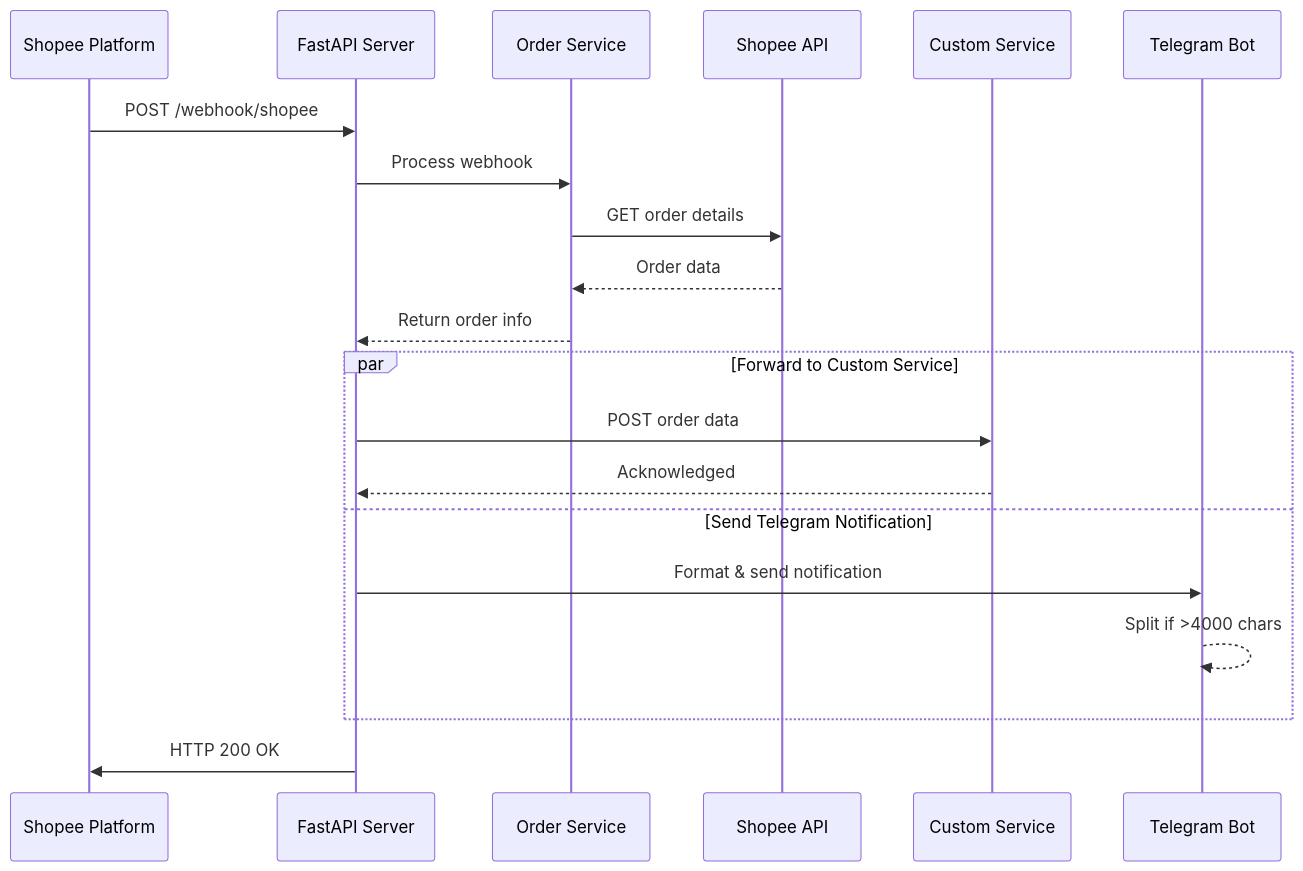
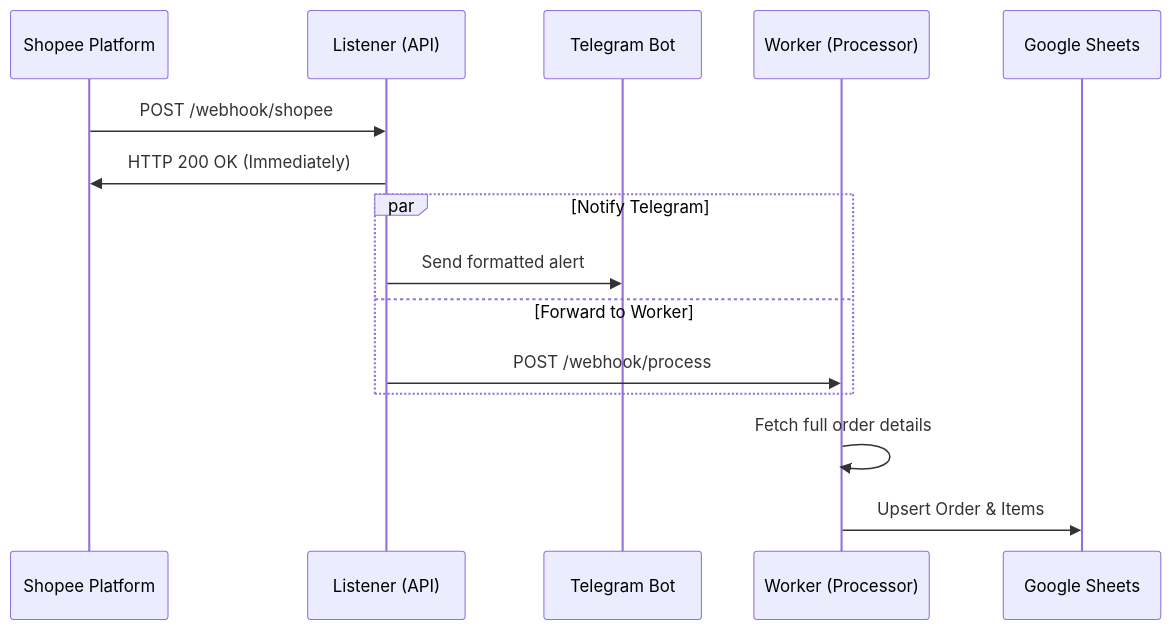
Before and after one commit to xKeNcHii/shopee-webhook-receiver: the second of 2 diagrams in README.md, drawn with Mermaid. The commit also changed other lines of this file and 74 other files, not shown here.

Commit message:
Refactor: Rename services to api/worker, centralize constants, and cleanup

````diff
--- a/README.md
+++ b/README.md
@@ -57,26 +47,20 @@
 ```mermaid
 sequenceDiagram
     participant Shopee as Shopee Platform
-    participant API as FastAPI Server
-    participant OrderService as Order Service
-    participant ShopeeAPI as Shopee API
-    participant CustomService as Custom Service
+    participant Listener as Listener (API)
     participant Telegram as Telegram Bot
+    participant Worker as Worker (Processor)
+    participant Sheets as Google Sheets
 
-    Shopee->>API: POST /webhook/shopee
-    API->>OrderService: Process webhook
-    OrderService->>ShopeeAPI: GET order details
-    ShopeeAPI-->>OrderService: Order data
-
-    OrderService-->>API: Return order info
-
-    par Forward to Custom Service
-        API->>CustomService: POST order data
-        CustomService-->>API: Acknowledged
-    and Send Telegram Notification
-        API->>Telegram: Format & send notification
-        Telegram-->>Telegram: Split if >4000 chars
+    Shopee->>Listener: POST /webhook/shopee
+    Listener->>Shopee: HTTP 200 OK (Immediately)
+    
+    par Notify Telegram
+        Listener->>Telegram: Send formatted alert
+    and Forward to Worker
+        Listener->>Worker: POST /webhook/process
     end
 
-    API->>Shopee: HTTP 200 OK
+    Worker->>Worker: Fetch full order details
+    Worker->>Sheets: Upsert Order & Items
 ```
````
